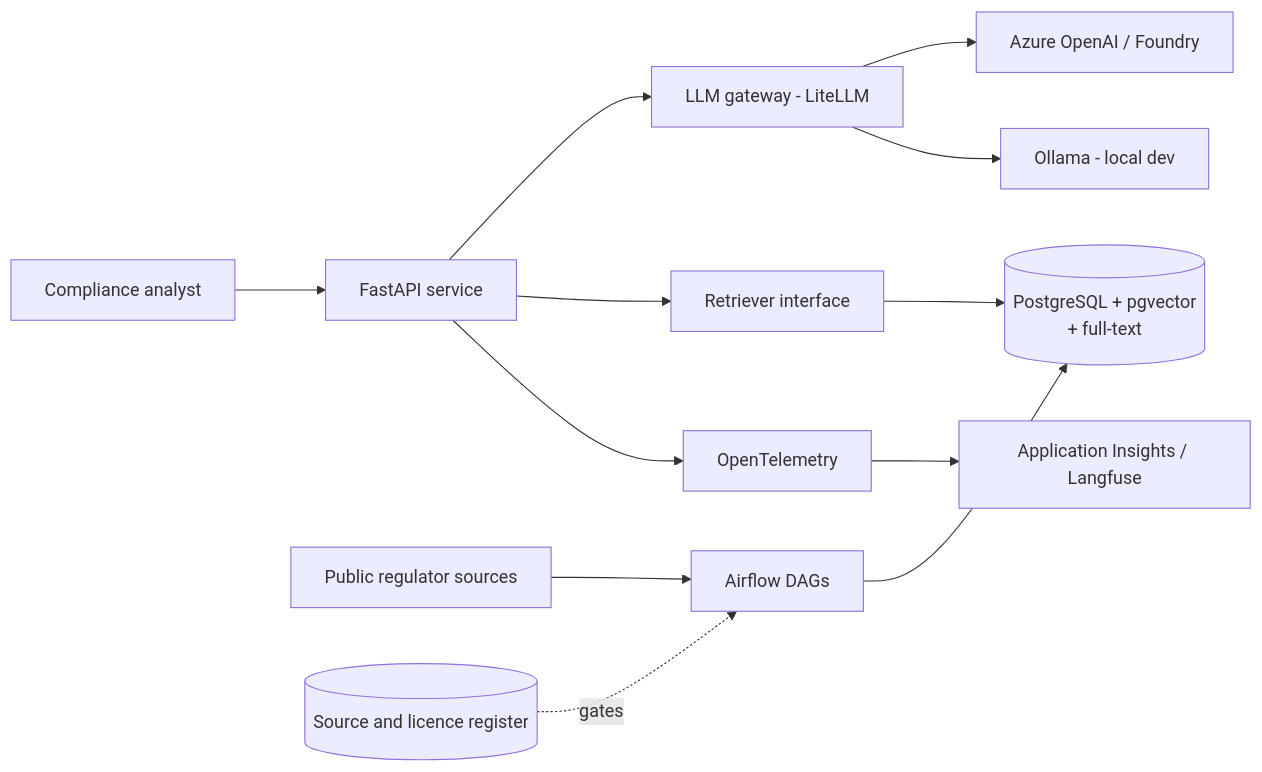
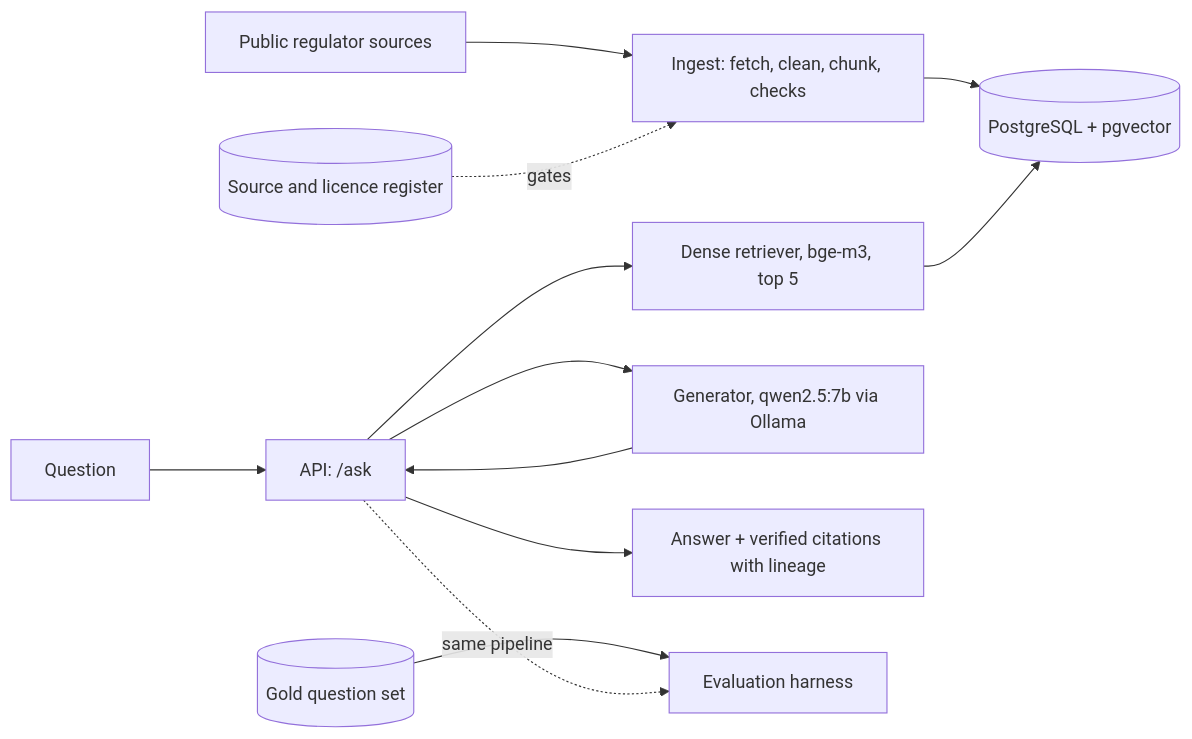
One commit to kumarmaddy/bfs-reg-copilot changed the diagram in README.md. Above: the diagram before and after it, drawn with Mermaid. The commit also changed other lines of this file and 1 other file, not shown here.

Commit message:
README: Phase 2 complete, baseline under gold v2; record the decision on the four strict rubrics

````diff
--- a/README.md
+++ b/README.md
@@ -28,14 +52,14 @@
 ```mermaid
 flowchart LR
-    U[Compliance analyst] --> API[FastAPI service]
-    API --> GW[LLM gateway - LiteLLM]
-    API --> RET[Retriever interface]
-    RET --> PG[(PostgreSQL + pgvector\n+ full-text)]
-    GW --> AZ[Azure OpenAI / Foundry]
-    GW --> OL[Ollama - local dev]
-    AIR[Airflow DAGs] --> PG
-    SRC[Public regulator sources] --> AIR
-    REG[(Source and licence register)] -. gates .-> AIR
-    API --> OT[OpenTelemetry]
-    OT --> MON[Application Insights / Langfuse]
+    SRC[Public regulator sources] --> ING[Ingest: fetch, clean, chunk, checks]
+    REG[(Source and licence register)] -. gates .-> ING
+    ING --> PG[(PostgreSQL + pgvector)]
+    Q[Question] --> API[API: /ask]
+    API --> RET[Dense retriever, bge-m3, top 5]
+    RET --> PG
+    API --> GEN[Generator, qwen2.5:7b via Ollama]
+    GEN --> API
+    API --> A[Answer + verified citations with lineage]
+    GOLD[(Gold question set)] --> EVAL[Evaluation harness]
+    API -. same pipeline .-> EVAL
 ```
````
